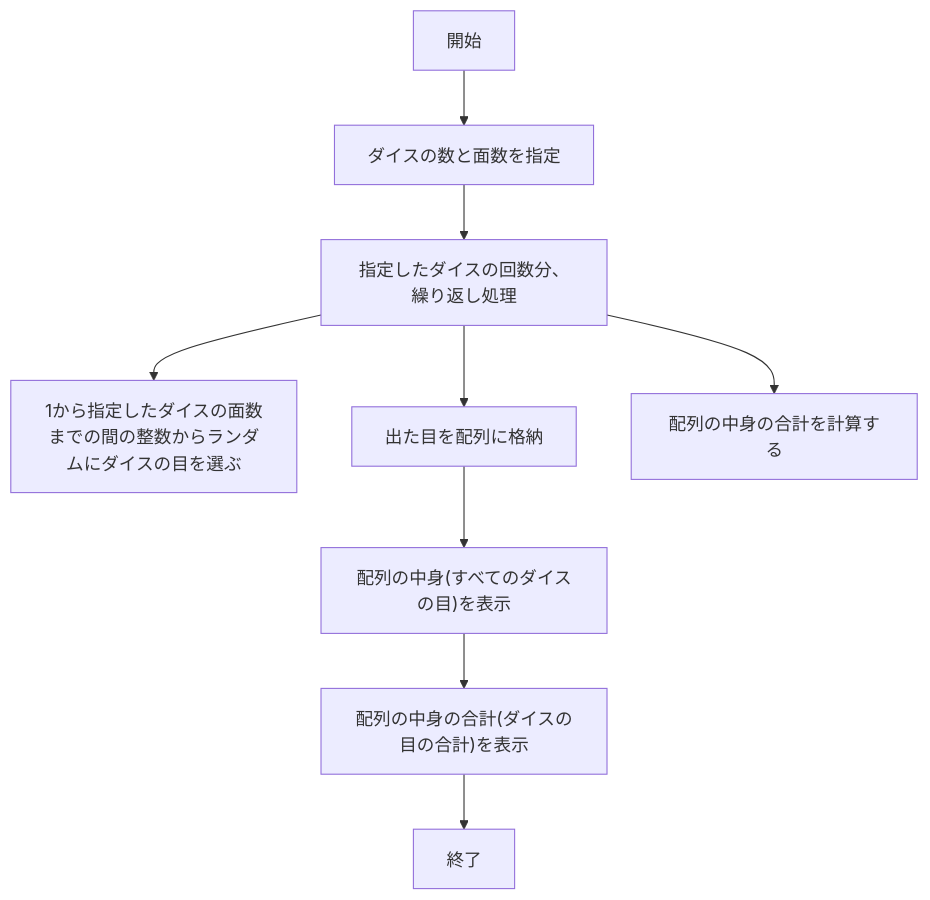
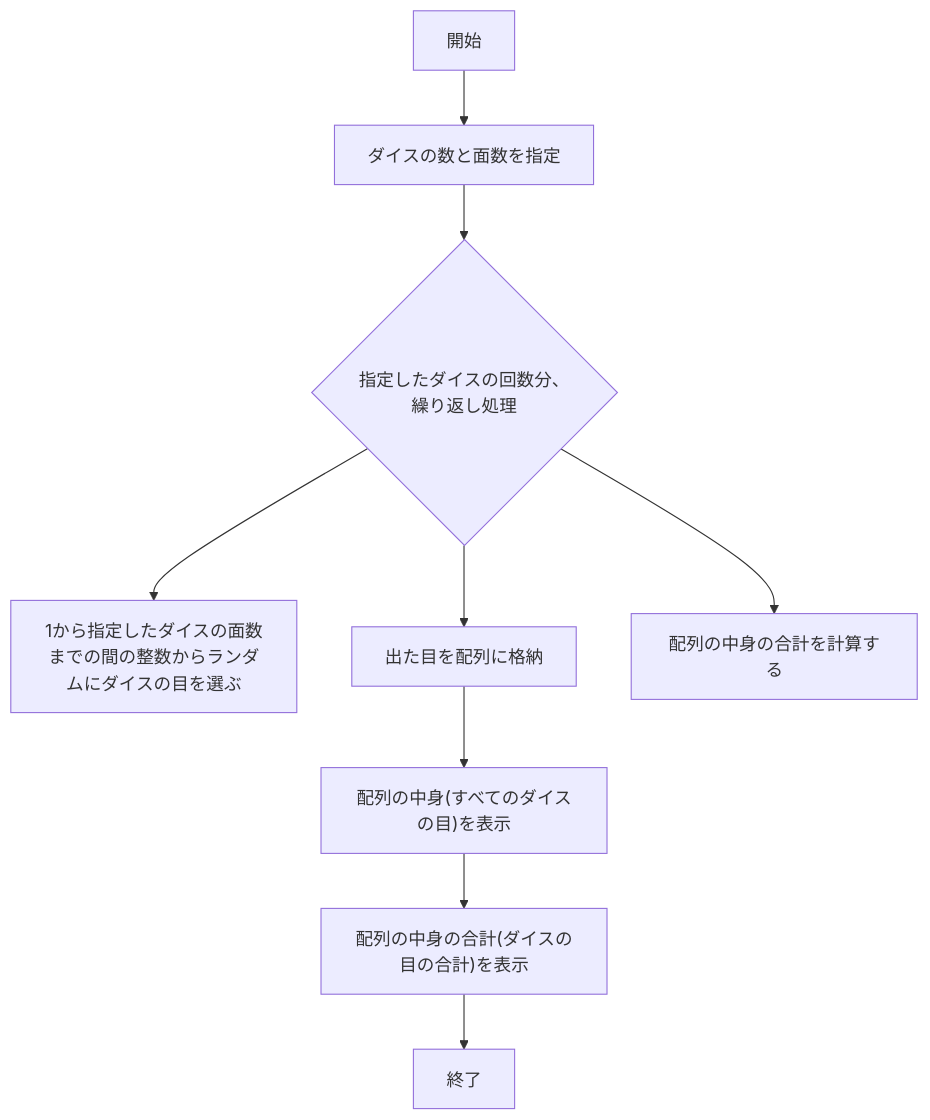
The second of 2 diagrams in README.md (kanayuu0404/webpro_06), drawn with Mermaid before and after one commit.

Commit message:
ダイスのフローチャートのifをforに変更

````diff
--- a/README.md
+++ b/README.md
@@ -68,22 +68,22 @@
 ```mermaid
 flowchart TD;
 
 start["開始"];
 end1["終了"]
 sitei["ダイスの数と面数を指定"]
 roll["1から指定したダイスの面数までの間の整数からランダムにダイスの目を選ぶ"]
 dice["出た目を配列に格納"]
 dices["配列の中身の合計を計算する"]
-loop["指定したダイスの回数分、繰り返し処理"]
+loop{"指定したダイスの回数分、繰り返し処理"}
 hyouji1["配列の中身(すべてのダイスの目)を表示"]
 hyouji2["配列の中身の合計(ダイスの目の合計)を表示"]
 
 start --> sitei
 sitei --> loop
 loop --> roll
 loop --> dice
 loop --> dices
 dice --> hyouji1
 hyouji1 --> hyouji2
 hyouji2 --> end1
 ```
````
